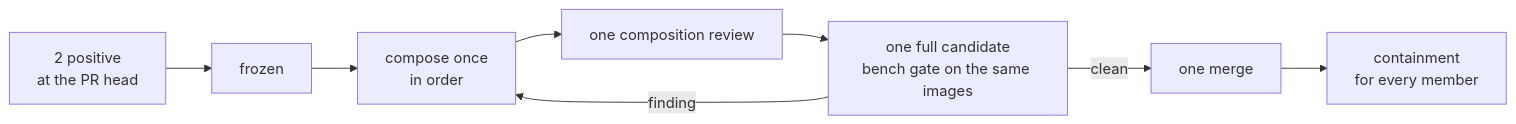
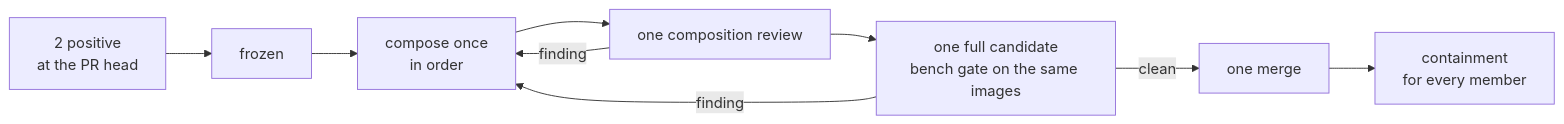
Before and after one commit to kebag-logic/milan-fpga: the second of 2 diagrams in CONTRIBUTING.md, drawn with Mermaid. The commit also changed other lines of this file and 2 other files, not shown here.

Commit message:
Freeze only PRs a maintainer named in a batch and let an unbatched PR merge the base under 2.1 as new change, link #940's maintainer decision from 2.3, add the composition-review finding edge, and put Those banks after its antecedent (#940)

````diff
--- a/CONTRIBUTING.md
+++ b/CONTRIBUTING.md
@@ -432,10 +433,11 @@
 ```mermaid
 flowchart LR
     RV[2 positive<br/>at the PR head] --> FZ[frozen]
     FZ --> CO[compose once<br/>in order]
     CO --> CR[one composition review]
     CR --> CA[one full candidate<br/>bench gate on the same images]
+    CR -->|finding| CO
     CA -->|finding| CO
     CA -->|clean| M[one merge]
     M --> C[containment<br/>for every member]
 ```
````
